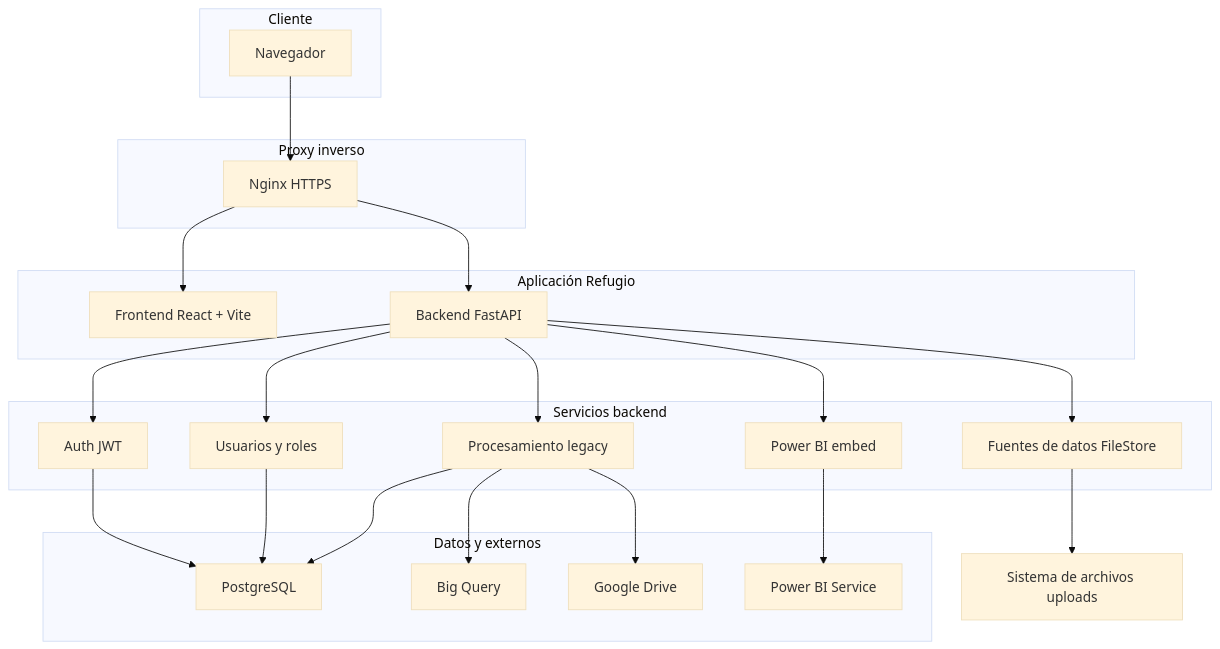
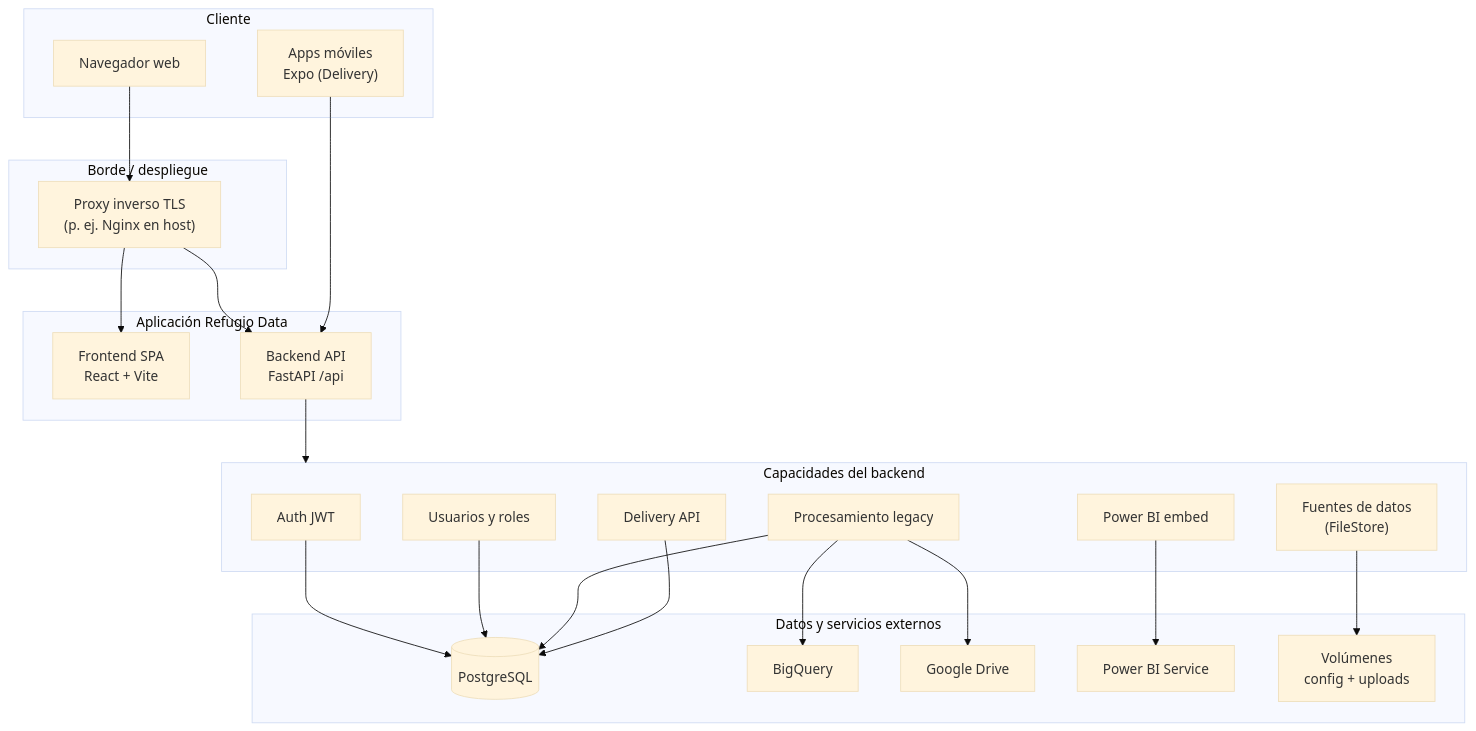
Before and after one commit to germanhyt/procesamiento_automatizado_refugio_prod001: the diagram in README.md, drawn with Mermaid (base theme). The commit also changed other lines of this file and 20 other files, not shown here.

Commit message:
feat: enhance delivery module with restaurant management features, including new API endpoints for restaurant listing and integration in kiosk arrivals, along with database schema updates for restaurant associations

````diff
--- a/README.md
+++ b/README.md
@@ -34,46 +44,47 @@
 ```mermaid
 flowchart TB
-    subgraph Client["Cliente"]
-        Browser["Navegador"]
+    subgraph Cliente["Cliente"]
+        Browser["Navegador web"]
+        Mobile["Apps móviles<br/>Expo (Delivery)"]
     end
 
-    subgraph Proxy["Proxy inverso"]
-        Nginx["Nginx HTTPS"]
+    subgraph Borde["Borde / despliegue"]
+        Proxy["Proxy inverso TLS<br/>(p. ej. Nginx en host)"]
     end
 
-    subgraph App["Aplicación Refugio"]
-        Frontend["Frontend React + Vite"]
-        Backend["Backend FastAPI"]
+    subgraph App["Aplicación Refugio Data"]
+        FE["Frontend SPA<br/>React + Vite"]
+        BE["Backend API<br/>FastAPI /api"]
     end
 
-    subgraph BackendServices["Servicios backend"]
+    subgraph Modulos["Capacidades del backend"]
         Auth["Auth JWT"]
-        Procesamiento["Procesamiento legacy"]
-        Fuentes["Fuentes de datos FileStore"]
-        UsersRoles["Usuarios y roles"]
-        PowerBI["Power BI embed"]
+        Legacy["Procesamiento legacy"]
+        Fuentes["Fuentes de datos<br/>(FileStore)"]
+        RBAC["Usuarios y roles"]
+        PBI["Power BI embed"]
+        Del["Delivery API"]
     end
 
-    subgraph Data["Datos y externos"]
-        Postgres["PostgreSQL"]
-        BQ["Big Query"]
+    subgraph Externos["Datos y servicios externos"]
+        PG[("PostgreSQL")]
+        BQ["BigQuery"]
         GDrive["Google Drive"]
-        PBI["Power BI Service"]
+        PBISvc["Power BI Service"]
+        FS["Volúmenes<br/>config + uploads"]
     end
 
-    Browser --> Nginx
-    Nginx --> Frontend
-    Nginx --> Backend
-    Backend --> Auth
-    Backend --> Procesamiento
-    Backend --> Fuentes
-    Backend --> UsersRoles
-    Backend --> PowerBI
-    Auth --> Postgres
-    UsersRoles --> Postgres
-    Procesamiento --> Postgres
-    Procesamiento --> BQ
-    Procesamiento --> GDrive
-    Fuentes --> FileSystem["Sistema de archivos uploads"]
-    PowerBI --> PBI
+    Browser --> Proxy
+    Proxy --> FE
+    Proxy --> BE
+    Mobile --> BE
+    BE --> Modulos
+    Auth --> PG
+    RBAC --> PG
+    Legacy --> PG
+    Legacy --> BQ
+    Legacy --> GDrive
+    Fuentes --> FS
+    PBI --> PBISvc
+    Del --> PG
 ```
````
